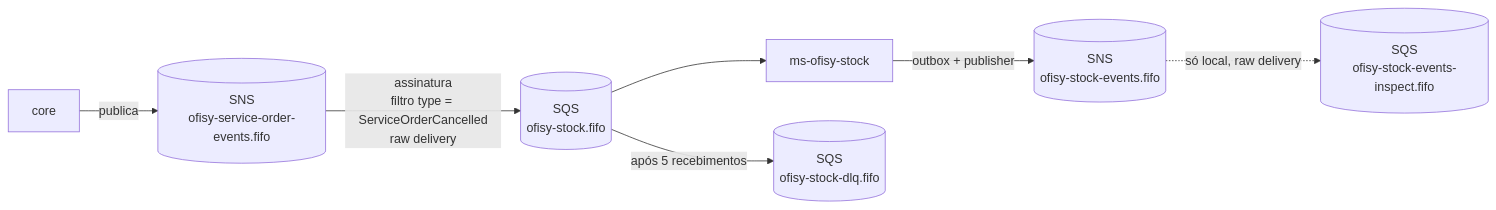
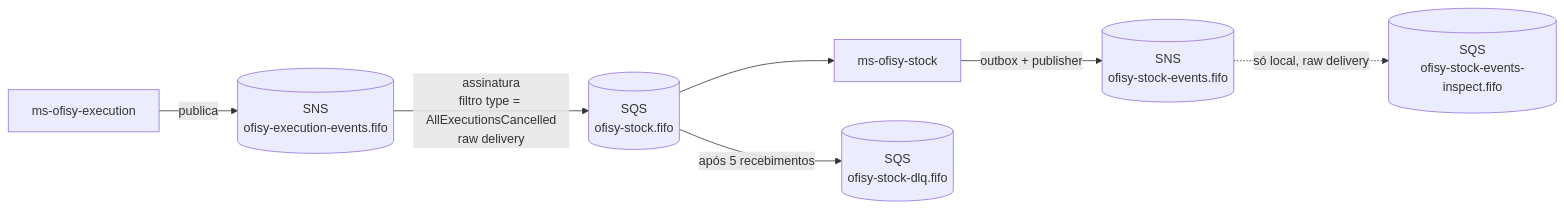
The first of 2 diagrams in docs/MESSAGING.md (15SOAT-FIAP/ms-ofisy-stock), drawn with Mermaid before and after one commit. The commit also changed other lines of this file, not shown here.

Commit message:
docs: atualizar a mensageria para o AllExecutionsCancelled

````diff
--- a/docs/MESSAGING.md
+++ b/docs/MESSAGING.md
@@ -11,9 +11,9 @@
 ```mermaid
 flowchart LR
-    core[core] -->|publica| soTopic[(SNS<br/>ofisy-service-order-events.fifo)]
-    soTopic -->|assinatura<br/>filtro type = ServiceOrderCancelled<br/>raw delivery| queue[(SQS<br/>ofisy-stock.fifo)]
+    execution[ms-ofisy-execution] -->|publica| execTopic[(SNS<br/>ofisy-execution-events.fifo)]
+    execTopic -->|assinatura<br/>filtro type = AllExecutionsCancelled<br/>raw delivery| queue[(SQS<br/>ofisy-stock.fifo)]
     queue --> app[ms-ofisy-stock]
     queue -->|após 5 recebimentos| dlq[(SQS<br/>ofisy-stock-dlq.fifo)]
     app -->|outbox + publisher| topic[(SNS<br/>ofisy-stock-events.fifo)]
     topic -.->|só local, raw delivery| inspect[(SQS<br/>ofisy-stock-events-inspect.fifo)]
 ```
````
